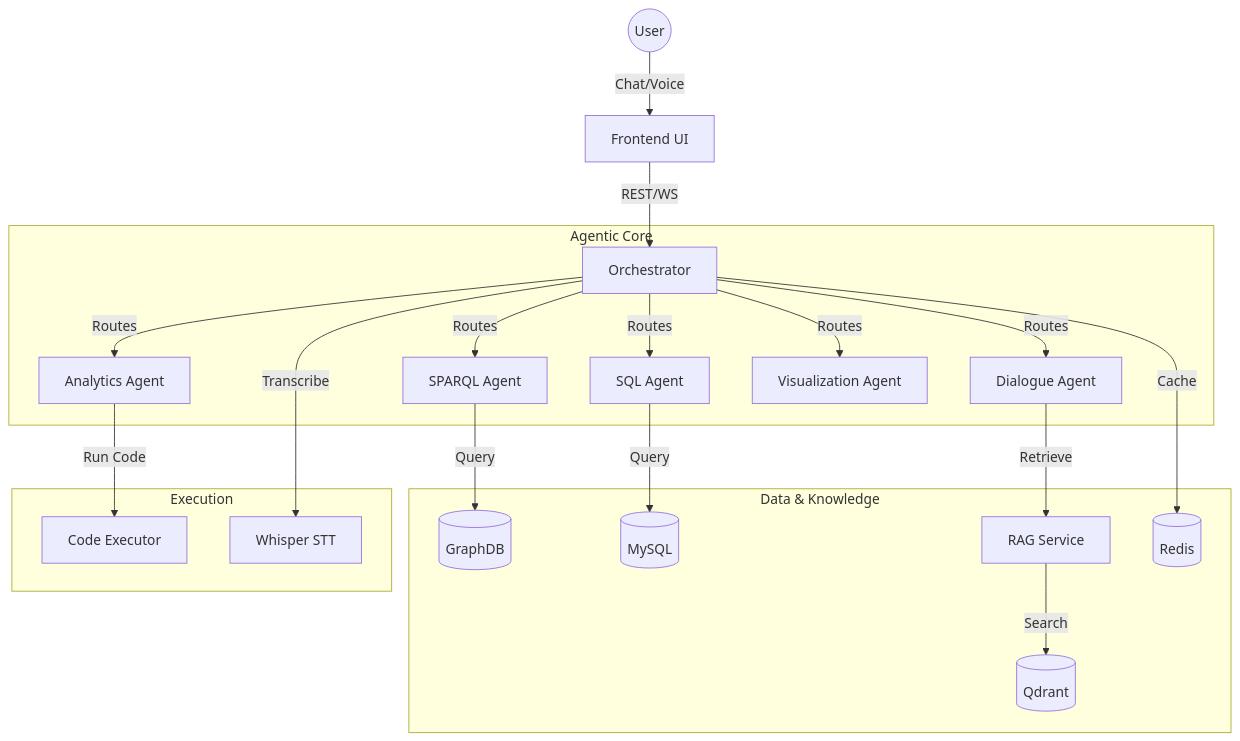
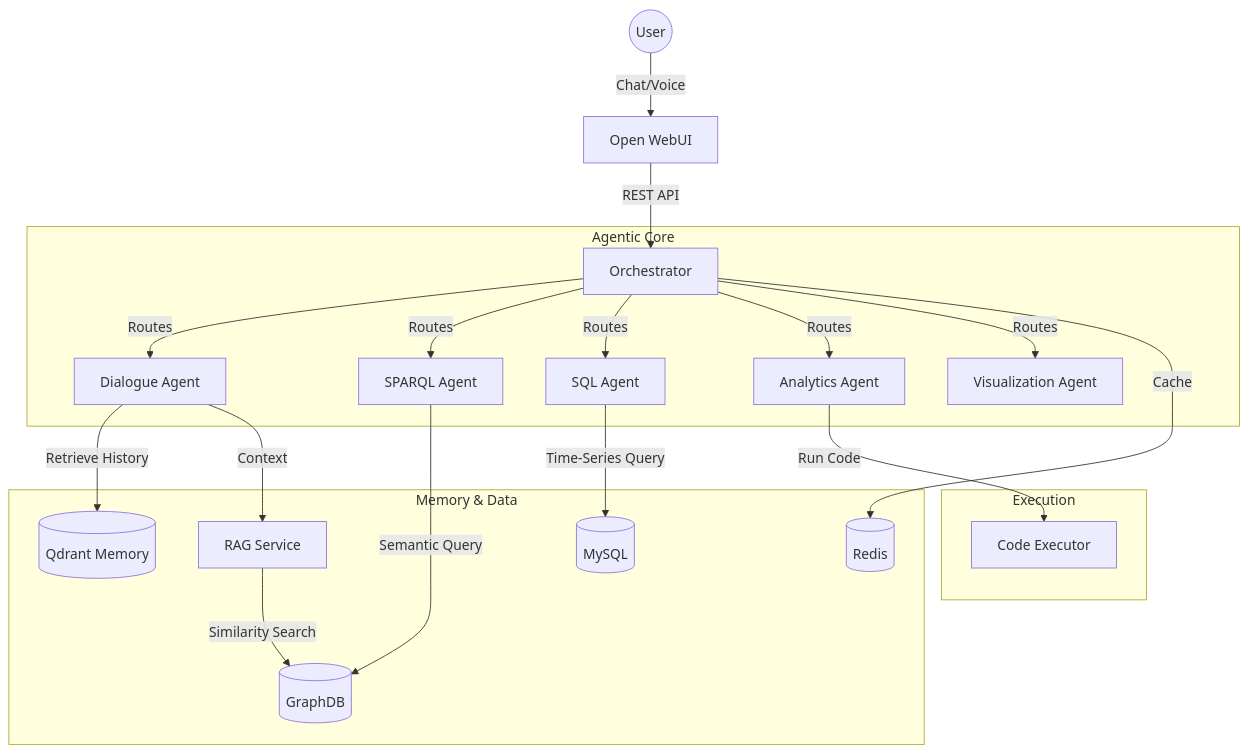
The diagram in docs/index.md (suhasdevmane/OntoSage), drawn with Mermaid before and after one commit. The commit also changed 40 other files, not shown here.

````diff
--- a/docs/index.md
+++ b/docs/index.md
@@ -34,26 +34,26 @@
 ```mermaid
 graph TD
-  User((User)) -->|Chat/Voice| FE[Frontend UI]
-  FE -->|REST/WS| ORCH[Orchestrator]
+  User((User)) -->|Chat/Voice| FE[Open WebUI]
+  FE -->|REST API| ORCH[Orchestrator]
   
   subgraph "Agentic Core"
     ORCH -->|Routes| Dialogue[Dialogue Agent]
     ORCH -->|Routes| SPARQL[SPARQL Agent]
     ORCH -->|Routes| SQL[SQL Agent]
     ORCH -->|Routes| Analytics[Analytics Agent]
     ORCH -->|Routes| Vis[Visualization Agent]
   end
   
-  subgraph "Data & Knowledge"
-    SPARQL -->|Query| GDB[(GraphDB)]
-    SQL -->|Query| MYSQL[(MySQL)]
-    Dialogue -->|Retrieve| RAG[RAG Service]
-    RAG -->|Search| QDR[(Qdrant)]
+  subgraph "Memory & Data"
+    Dialogue -->|Retrieve History| Qdrant[(Qdrant Memory)]
+    SPARQL -->|Semantic Query| GDB[(GraphDB)]
+    SQL -->|Time-Series Query| MYSQL[(MySQL)]
+    Dialogue -->|Context| RAG[RAG Service]
+    RAG -->|Similarity Search| GDB
     ORCH -->|Cache| REDIS[(Redis)]
   end
   
   subgraph "Execution"
     Analytics -->|Run Code| EXEC[Code Executor]
-    ORCH -->|Transcribe| WHIS[Whisper STT]
   end
 ```
````
